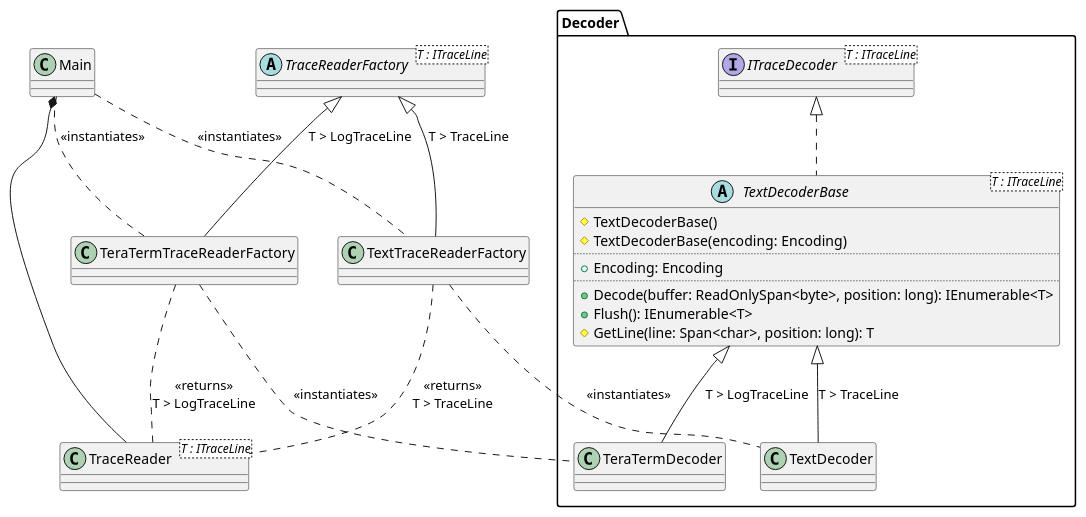
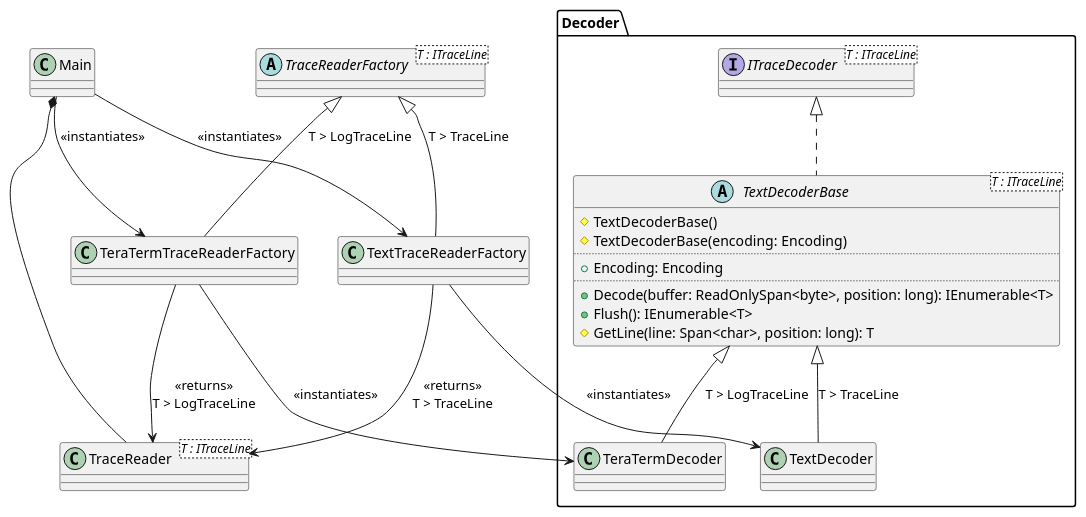
Before and after one commit to jcurl/RJCP.DLL.Log: the diagram in docs/diagrams/TextDecoder.plantuml, drawn with PlantUML. The commit also changed 38 other files, not shown here.

```diff
--- a/docs/diagrams/TextDecoder.plantuml
+++ b/docs/diagrams/TextDecoder.plantuml
@@ -1,43 +1,43 @@
 @startuml TextDecoder
 class Main
 
 namespace Decoder {
     interface ITraceDecoder<T : ITraceLine>
     abstract class TextDecoderBase<T : ITraceLine> {
         #TextDecoderBase()
         #TextDecoderBase(encoding: Encoding)
         ..
         +Encoding: Encoding
         ..
         +Decode(buffer: ReadOnlySpan<byte>, position: long): IEnumerable<T>
         +Flush(): IEnumerable<T>
         #GetLine(line: Span<char>, position: long): T
     }
 
     class TextDecoder
     class TeraTermDecoder
 }
 
 Decoder.ITraceDecoder <|.. Decoder.TextDecoderBase
 Decoder.TextDecoderBase <|-- Decoder.TextDecoder : T > TraceLine
 Decoder.TextDecoderBase <|-- Decoder.TeraTermDecoder : T > LogTraceLine
 
 abstract class TraceReaderFactory<T : ITraceLine>
 class TraceReader<T : ITraceLine>
 class TeraTermTraceReaderFactory
 class TextTraceReaderFactory
 
 TraceReaderFactory <|-- TextTraceReaderFactory : T > TraceLine
 TraceReaderFactory <|-- TeraTermTraceReaderFactory : T > LogTraceLine
 
-TextTraceReaderFactory .. Decoder.TextDecoder : <<instantiates>>
-TextTraceReaderFactory .. TraceReader : <<returns>>\nT > TraceLine
+TextTraceReaderFactory --> Decoder.TextDecoder : <<instantiates>>
+TextTraceReaderFactory --> TraceReader : <<returns>>\nT > TraceLine
 
-TeraTermTraceReaderFactory .. Decoder.TeraTermDecoder : <<instantiates>>
-TeraTermTraceReaderFactory .. TraceReader : <<returns>>\nT > LogTraceLine
+TeraTermTraceReaderFactory --> Decoder.TeraTermDecoder : <<instantiates>>
+TeraTermTraceReaderFactory --> TraceReader : <<returns>>\nT > LogTraceLine
 
-Main .. TeraTermTraceReaderFactory : <<instantiates>>
-Main .. TextTraceReaderFactory : <<instantiates>>
+Main --> TeraTermTraceReaderFactory : <<instantiates>>
+Main --> TextTraceReaderFactory : <<instantiates>>
 'Main *-- TraceReader
 TraceReader --* Main
 @enduml
```
